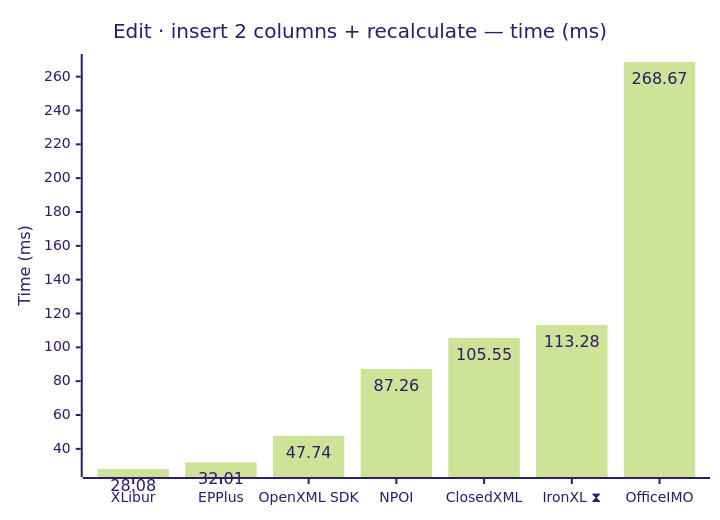
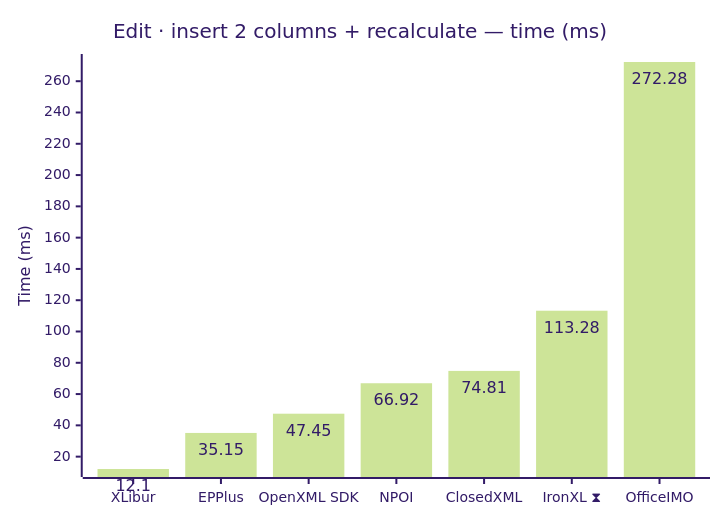
One commit to jafin/XLBench changed diagram 11 of 12 in docs/results-ci.md. Above: the diagram before and after it, drawn with Mermaid (forest theme). The commit also changed other lines of this file, not shown here.

````diff
--- a/docs/results-ci.md
+++ b/docs/results-ci.md
@@ -173,12 +173,12 @@
 ```mermaid
 ---
 config:
   xyChart:
     showDataLabel: true
 ---
 xychart-beta
     title "Edit · insert 2 columns + recalculate — time (ms)"
     x-axis ["XLibur", "EPPlus", "OpenXML SDK", "NPOI", "ClosedXML", "IronXL ⧗", "OfficeIMO"]
     y-axis "Time (ms)"
-    bar [28.08, 32.01, 47.74, 87.26, 105.55, 113.28, 268.67]
+    bar [12.1, 35.15, 47.45, 66.92, 74.81, 113.28, 272.28]
 ```
````
